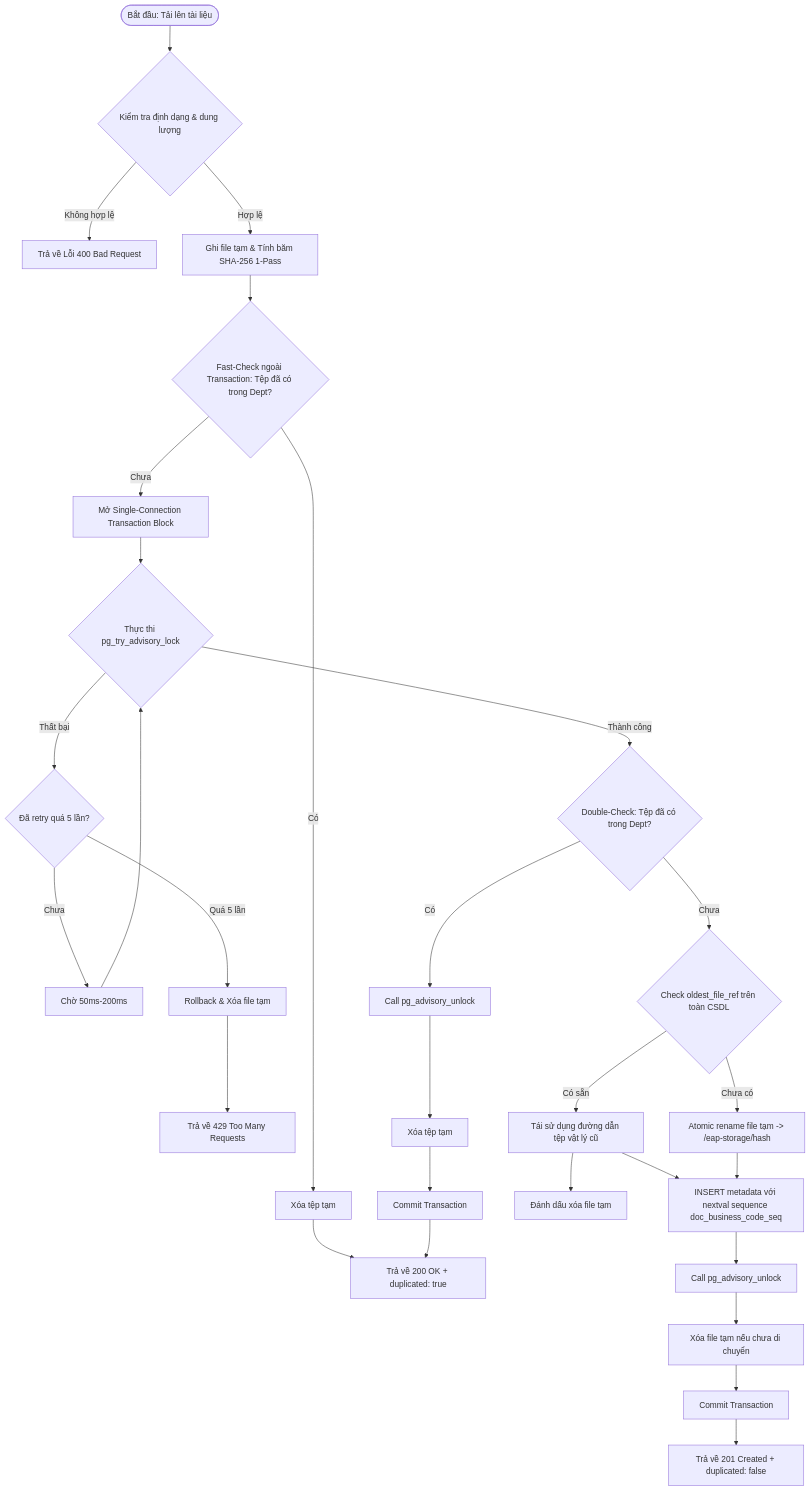
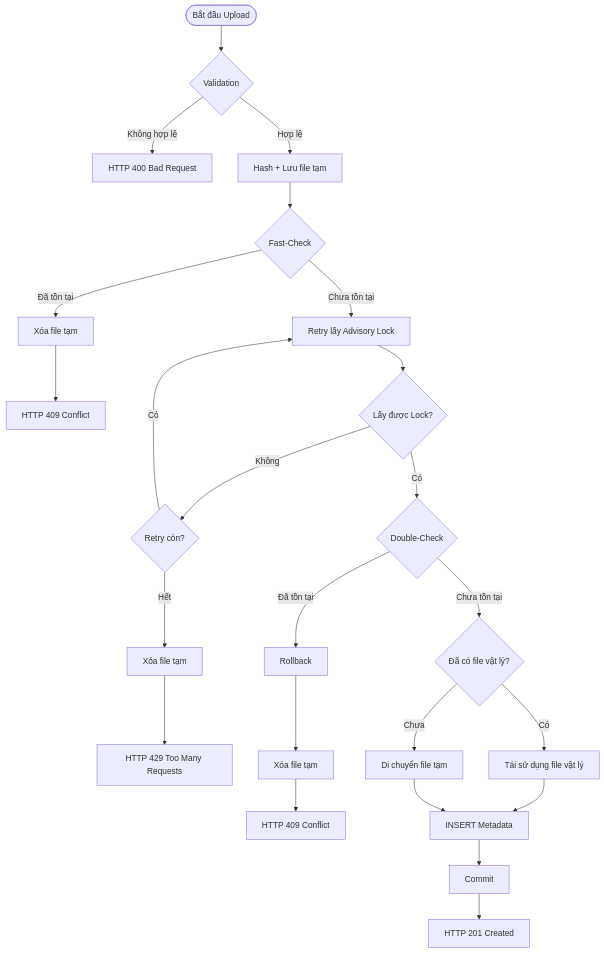
One commit to thanhhuong1523/enterprise-ai-systems changed the fourth of 4 diagrams in eap/docs/week2/DetailedDesign.md. Above: the diagram before and after it, drawn with Mermaid. The commit also changed other lines of this file and 33 other files, not shown here.

Commit message:
upload code week2

````diff
--- a/eap/docs/week2/DetailedDesign.md
+++ b/eap/docs/week2/DetailedDesign.md
@@ -282,31 +373,47 @@
 ```mermaid
 flowchart TD
-    Start([Bắt đầu: Tải lên tài liệu]) --> ValInput{Kiểm tra định dạng & dung lượng}
-    ValInput -- Không hợp lệ --> Err400[Trả về Lỗi 400 Bad Request]
-    ValInput -- Hợp lệ --> Hash1Pass[Ghi file tạm & Tính băm SHA-256 1-Pass]
-    
-    Hash1Pass --> FastCheck{Fast-Check ngoài Transaction: Tệp đã có trong Dept?}
-    FastCheck -- Có --> CleanTemp1[Xóa tệp tạm] --> ReturnDup200[Trả về 200 OK + duplicated: true]
-    
-    FastCheck -- Chưa --> InitTx[Mở Single-Connection Transaction Block]
-    InitTx --> TryLock{Thực thi pg_try_advisory_lock}
-    
-    TryLock -- Thất bại --> RetryCount{Đã retry quá 5 lần?}
-    RetryCount -- Chưa --> SleepBackoff[Chờ 50ms-200ms] --> TryLock
-    RetryCount -- Quá 5 lần --> RollbackTimeout[Rollback & Xóa file tạm] --> Return429[Trả về 429 Too Many Requests]
-    
-    TryLock -- Thành công --> DoubleCheck{Double-Check: Tệp đã có trong Dept?}
-    DoubleCheck -- Có --> Unlock1[Call pg_advisory_unlock] --> CleanTemp2[Xóa tệp tạm] --> Commit1[Commit Transaction] --> ReturnDup200
-    
-    DoubleCheck -- Chưa --> CheckSIS{Check oldest_file_ref trên toàn CSDL}
-    CheckSIS -- Có sẵn --> ReuseSIS[Tái sử dụng đường dẫn tệp vật lý cũ] --> CleanTemp3[Đánh dấu xóa file tạm]
-    CheckSIS -- Chưa có --> AtomicMove[Atomic rename file tạm -> /eap-storage/hash]
-    
-    ReuseSIS --> InsertMetadata[INSERT metadata với nextval sequence doc_business_code_seq]
-    AtomicMove --> InsertMetadata
-    
-    InsertMetadata --> Unlock2[Call pg_advisory_unlock]
-    Unlock2 --> CleanTemp4[Xóa file tạm nếu chưa di chuyển]
-    CleanTemp4 --> Commit2[Commit Transaction]
-    Commit2 --> Return201[Trả về 201 Created + duplicated: false]
+
+Start([Bắt đầu Upload])
+
+Start --> Validate{Validation}
+
+Validate -- Không hợp lệ --> Return400[HTTP 400 Bad Request]
+
+Validate -- Hợp lệ --> Hash[Hash + Lưu file tạm]
+
+Hash --> FastCheck{Fast-Check}
+
+FastCheck -- Đã tồn tại --> DeleteTemp1[Xóa file tạm]
+DeleteTemp1 --> Return409A[HTTP 409 Conflict]
+
+FastCheck -- Chưa tồn tại --> Retry[Retry lấy Advisory Lock]
+
+Retry --> Lock{Lấy được Lock?}
+
+Lock -- Không --> RetryCount{Retry còn?}
+
+RetryCount -- Có --> Retry
+
+RetryCount -- Hết --> DeleteTemp2[Xóa file tạm]
+DeleteTemp2 --> Return429[HTTP 429 Too Many Requests]
+
+Lock -- Có --> DoubleCheck{Double-Check}
+
+DoubleCheck -- Đã tồn tại --> Rollback[Rollback]
+Rollback --> DeleteTemp3[Xóa file tạm]
+DeleteTemp3 --> Return409B[HTTP 409 Conflict]
+
+DoubleCheck -- Chưa tồn tại --> Storage{Đã có file vật lý?}
+
+Storage -- Có --> Reuse[Tái sử dụng file vật lý]
+
+Storage -- Chưa --> Move[Di chuyển file tạm]
+
+Reuse --> Insert[INSERT Metadata]
+
+Move --> Insert
+
+Insert --> Commit[Commit]
+
+Commit --> Return201[HTTP 201 Created]
 ```
````
